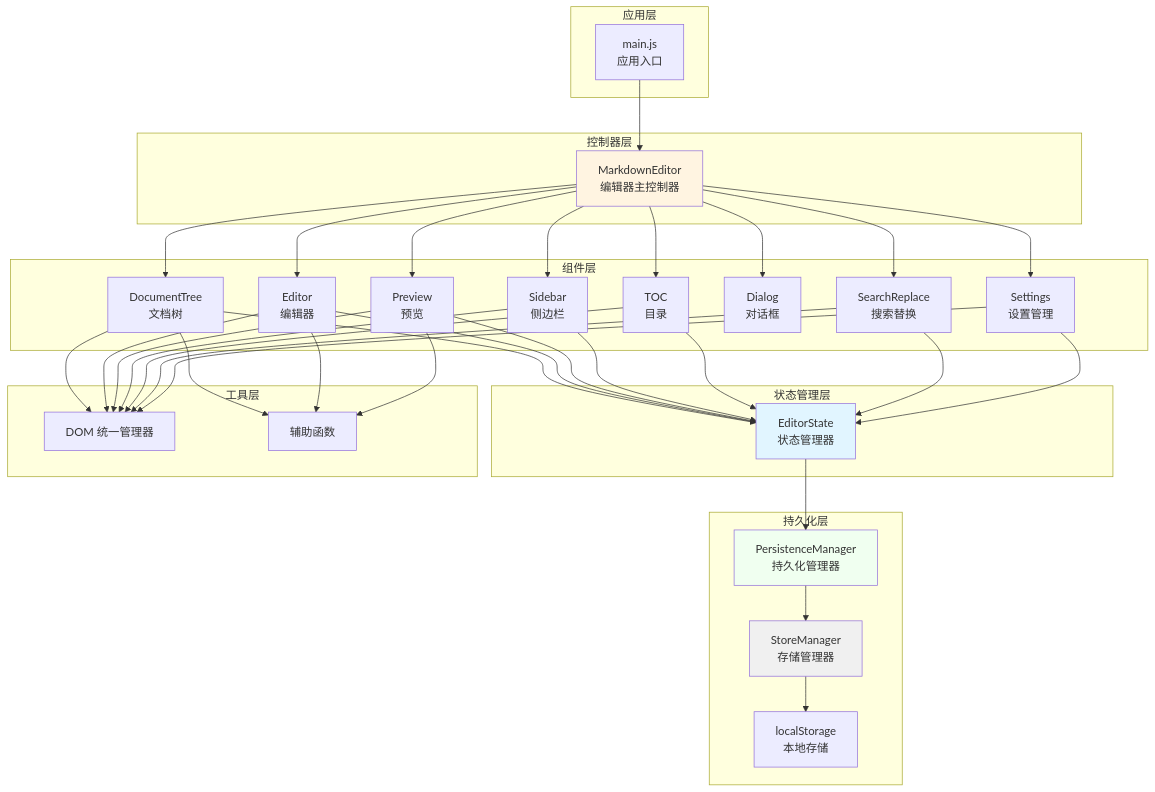
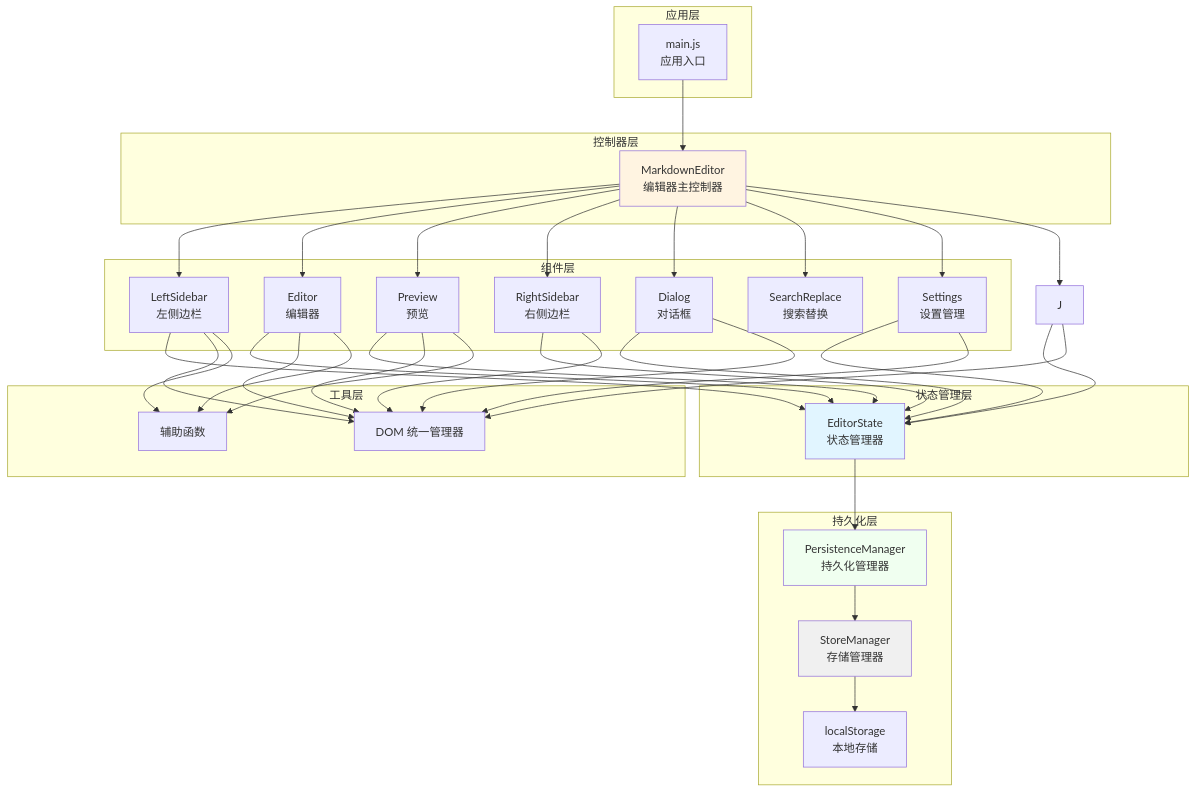
One commit to ZCShou/markdown changed the first of 15 diagrams in docs/arch.md. Above: the diagram before and after it, drawn with Mermaid. The commit also changed other lines of this file and 8 other files, not shown here.

Commit message:
refactor: merge sidebar and document tree components into left/right sidebars

````diff
--- a/docs/arch.md
+++ b/docs/arch.md
@@ -111,75 +110,74 @@
 ```mermaid
 graph TB
     subgraph "应用层"
         A[main.js<br/>应用入口]
     end
     
     subgraph "控制器层"
         B[MarkdownEditor<br/>编辑器主控制器]
     end
     
     subgraph "组件层"
-        C[DocumentTree<br/>文档树]
+        C[LeftSidebar<br/>左侧边栏]
         D[Editor<br/>编辑器]
         E[Preview<br/>预览]
-        F[Sidebar<br/>侧边栏]
-        G[TOC<br/>目录]
-        H[Dialog<br/>对话框]
-        I[SearchReplace<br/>搜索替换]
-        J[Settings<br/>设置管理]
+        F[RightSidebar<br/>右侧边栏]
+        G[Dialog<br/>对话框]
+        H[SearchReplace<br/>搜索替换]
+        I[Settings<br/>设置管理]
     end
     
     subgraph "状态管理层"
         K[EditorState<br/>状态管理器]
     end
     
     subgraph "持久化层"
         L[PersistenceManager<br/>持久化管理器]
         M[StoreManager<br/>存储管理器]
         N[localStorage<br/>本地存储]
     end
     
     subgraph "工具层"
         O[DOM 统一管理器]
         P[辅助函数]
     end
     
     A --> B
     B --> C
     B --> D
     B --> E
     B --> F
     B --> G
     B --> H
     B --> I
     B --> J
     
     C --> K
     D --> K
     E --> K
     F --> K
     G --> K
     I --> K
     J --> K
     
     K --> L
     L --> M
     M --> N
     
     C --> O
     D --> O
     E --> O
     F --> O
     G --> O
     I --> O
     J --> O
     
     C --> P
     D --> P
     E --> P
     
     style K fill:#e1f5ff
     style B fill:#fff4e1
     style L fill:#f0fff0
     style M fill:#f0f0f0
 ```
````
